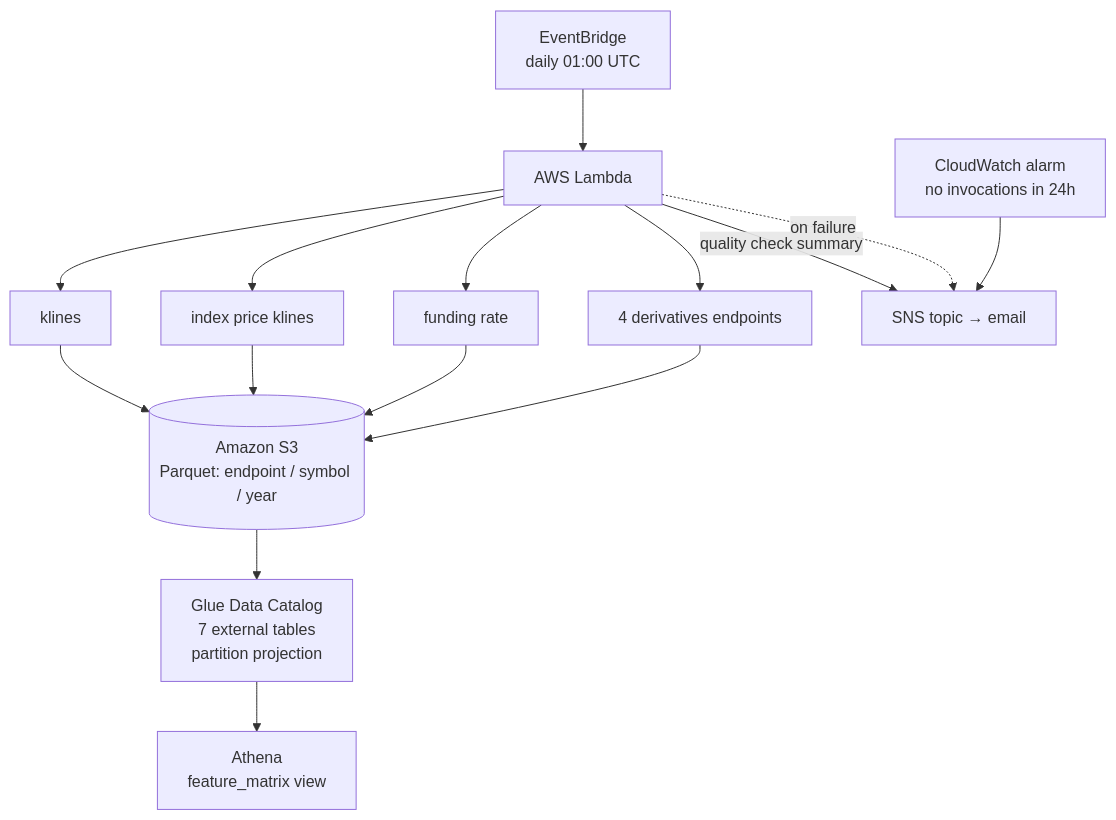
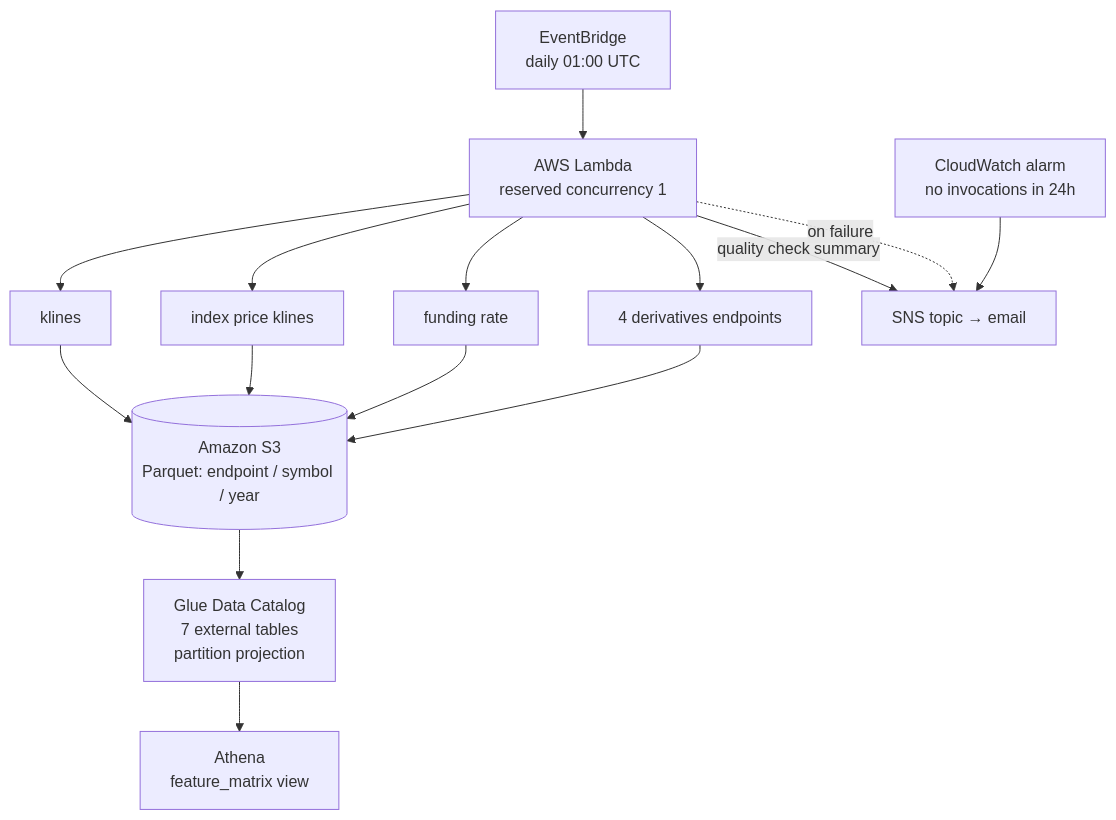
One commit to Stevenronaldo/binance-futures-data-collector changed the diagram in README.md. Above: the diagram before and after it, drawn with Mermaid. The commit also changed other lines of this file and 1 other file, not shown here.

````diff
--- a/README.md
+++ b/README.md
@@ -42,21 +44,21 @@
 ```mermaid
 flowchart TD
-    EB["EventBridge<br/>daily 01:00 UTC"] --> L[AWS Lambda]
+    EB["EventBridge<br/>daily 01:00 UTC"] --> L["AWS Lambda<br/>reserved concurrency 1"]
 
     L --> K[klines]
     L --> IP[index price klines]
     L --> F[funding rate]
     L --> D[4 derivatives endpoints]
 
     K --> S3[("Amazon S3<br/>Parquet: endpoint / symbol / year")]
     IP --> S3
     F --> S3
     D --> S3
 
     S3 --> G["Glue Data Catalog<br/>7 external tables<br/>partition projection"]
     G --> V["Athena<br/>feature_matrix view"]
 
     L -- quality check summary --> SNS[SNS topic → email]
     L -. on failure .-> SNS
     CW["CloudWatch alarm<br/>no invocations in 24h"] --> SNS
 ```
````
